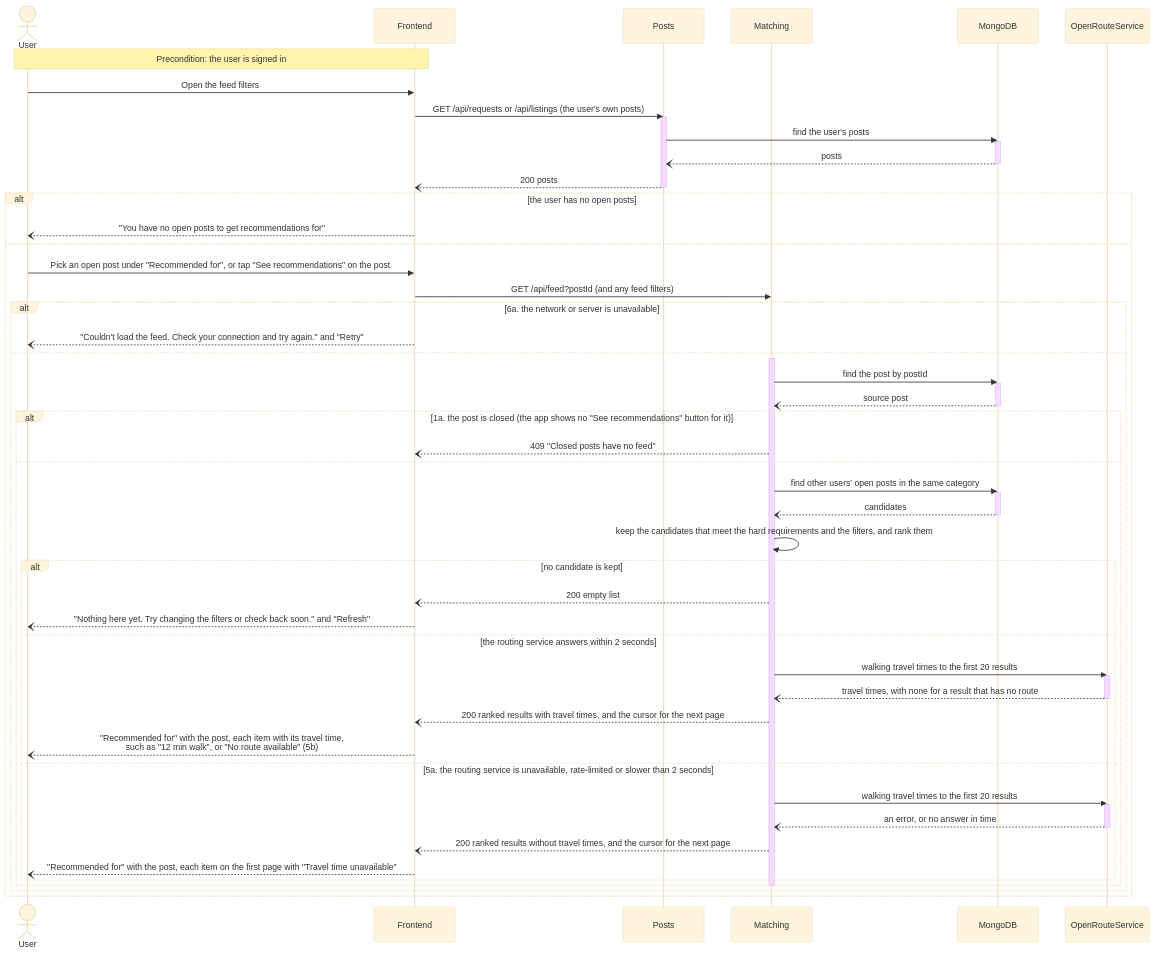
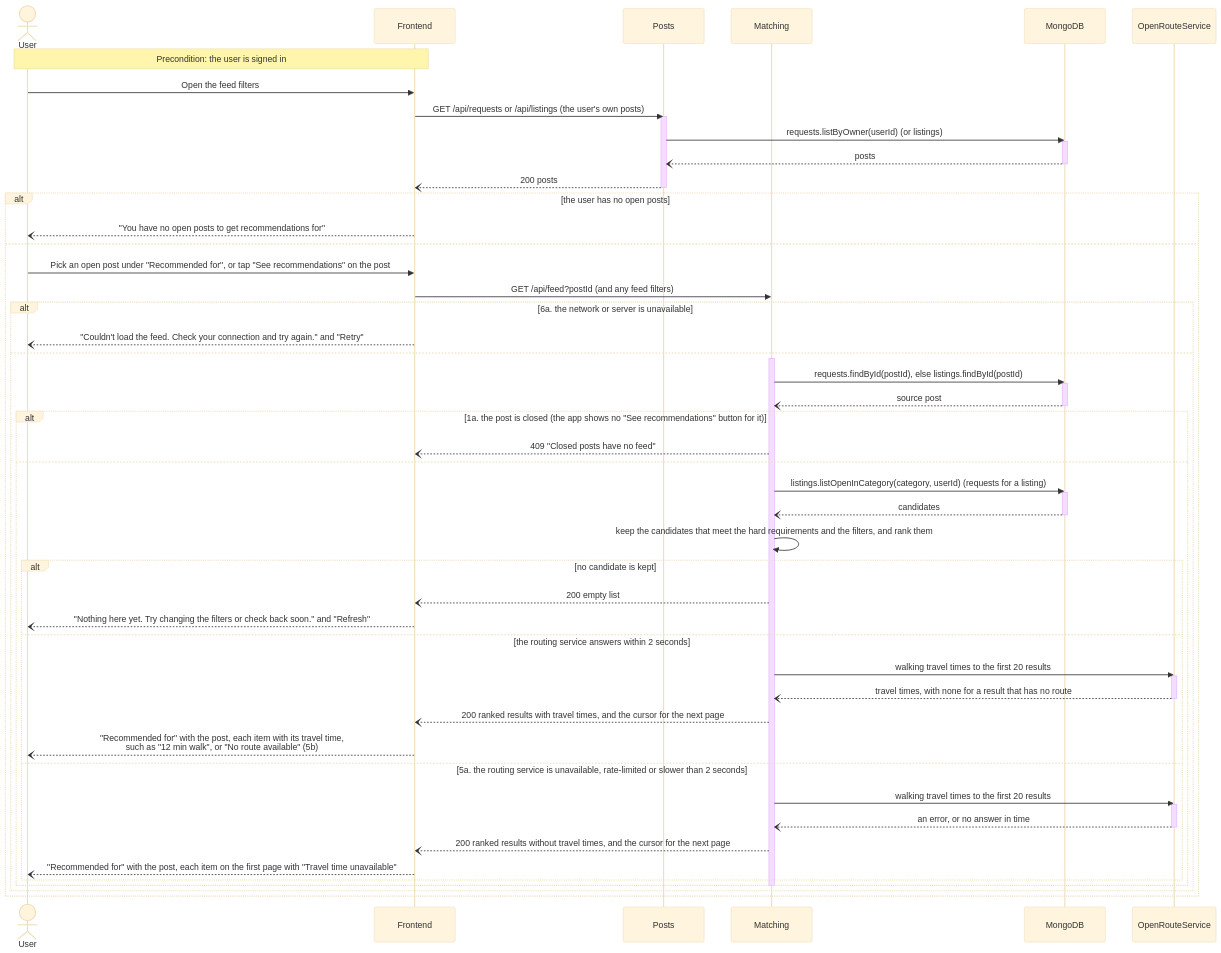
The fourth of 6 diagrams in documentation/Requirements_and_Design.md (m1lun/MatchMarket), drawn with Mermaid (base theme) before and after one commit. The commit also changed other lines of this file, not shown here.

Commit message:
docs: show the database calls in the sequence diagrams in Java style

````diff
--- a/documentation/Requirements_and_Design.md
+++ b/documentation/Requirements_and_Design.md
@@ -659,62 +660,62 @@
 ```mermaid
 sequenceDiagram
     actor U as User
     participant FE as Frontend
     participant P as Posts
     participant M as Matching
     participant DB as MongoDB
     participant ORS as OpenRouteService
     Note over U,FE: Precondition: the user is signed in
     U->>FE: Open the feed filters
     FE->>P: GET /api/requests or /api/listings (the user's own posts)
     activate P
-    P->>DB: find the user's posts
+    P->>DB: requests.listByOwner(userId) (or listings)
     activate DB
     DB--)P: posts
     deactivate DB
     P--)FE: 200 posts
     deactivate P
     alt the user has no open posts
         FE--)U: "You have no open posts to get recommendations for"
     else
         U->>FE: Pick an open post under "Recommended for", or tap "See recommendations" on the post
         FE->>M: GET /api/feed?postId (and any feed filters)
         alt 6a. the network or server is unavailable
             FE--)U: "Couldn't load the feed. Check your connection and try again." and "Retry"
         else
             activate M
-            M->>DB: find the post by postId
+            M->>DB: requests.findById(postId), else listings.findById(postId)
             activate DB
             DB--)M: source post
             deactivate DB
             alt 1a. the post is closed (the app shows no "See recommendations" button for it)
                 M--)FE: 409 "Closed posts have no feed"
             else
-                M->>DB: find other users' open posts in the same category
+                M->>DB: listings.listOpenInCategory(category, userId) (requests for a listing)
                 activate DB
                 DB--)M: candidates
                 deactivate DB
                 M->>M: keep the candidates that meet the hard requirements and the filters, and rank them
                 alt no candidate is kept
                     M--)FE: 200 empty list
                     FE--)U: "Nothing here yet. Try changing the filters or check back soon." and "Refresh"
                 else the routing service answers within 2 seconds
                     M->>ORS: walking travel times to the first 20 results
                     activate ORS
                     ORS--)M: travel times, with none for a result that has no route
                     deactivate ORS
                     M--)FE: 200 ranked results with travel times, and the cursor for the next page
                     FE--)U: "Recommended for" with the post, each item with its travel time,<br/>such as "12 min walk", or "No route available" (5b)
                 else 5a. the routing service is unavailable, rate-limited or slower than 2 seconds
                     M->>ORS: walking travel times to the first 20 results
                     activate ORS
                     ORS--)M: an error, or no answer in time
                     deactivate ORS
                     M--)FE: 200 ranked results without travel times, and the cursor for the next page
                     FE--)U: "Recommended for" with the post, each item on the first page with "Travel time unavailable"
                 end
             end
             deactivate M
         end
     end
 ```
````
